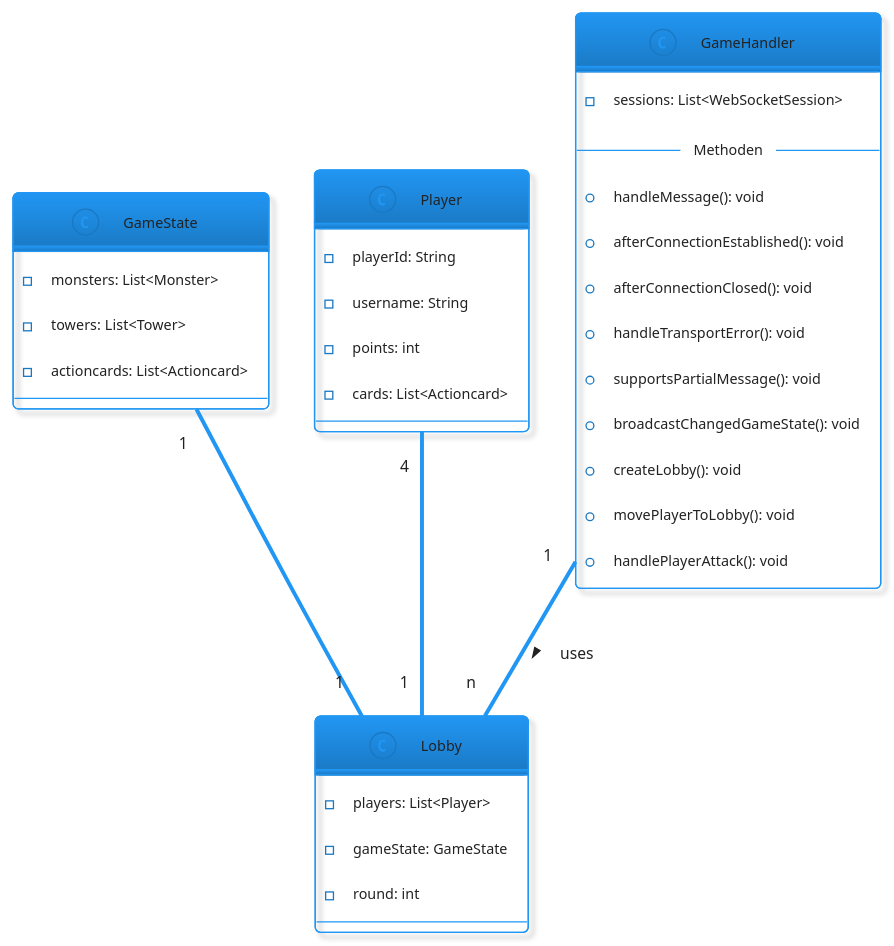
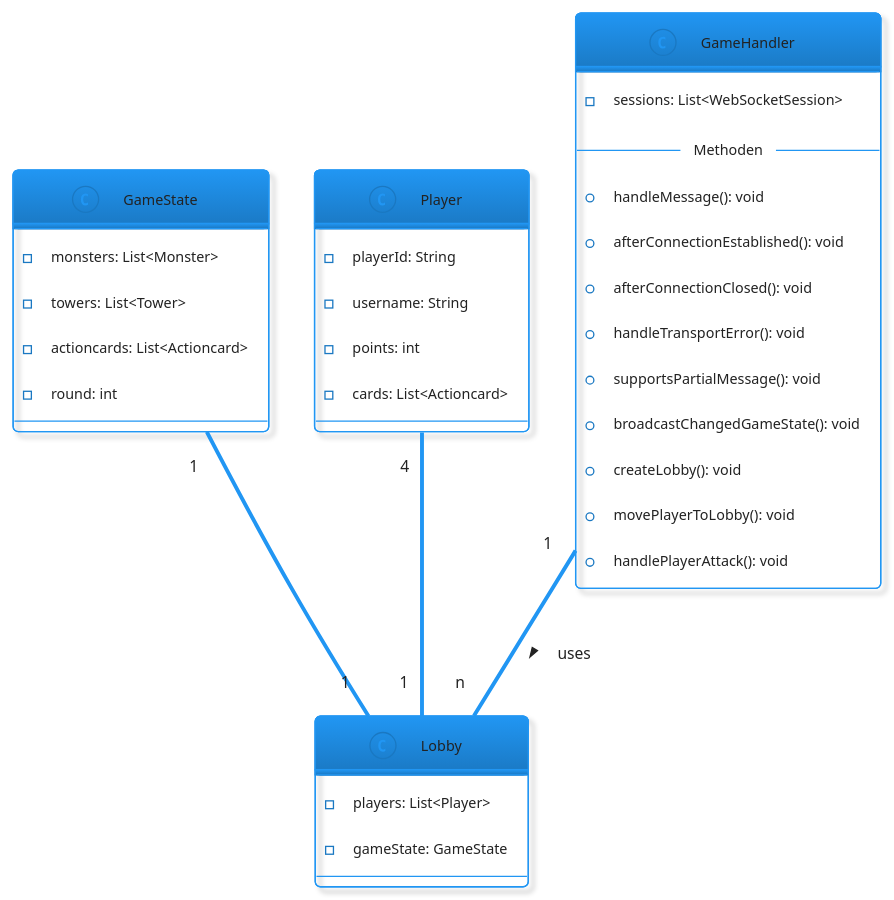
The diagram in docs/GameClasses.puml (SEIIGruppe2/Server), drawn with PlantUML before and after one commit. The commit also changed other lines of this file, not shown here.

Commit message:
docs: Klassendiagramm upgedated

```diff
--- a/docs/GameClasses.puml
+++ b/docs/GameClasses.puml
@@ -1,42 +1,42 @@
 @startuml
 'https://plantuml.com/class-diagram
 !theme materia-outline
 class GameState{
     - monsters: List<Monster>
     - towers: List<Tower>
     - actioncards: List<Actioncard>
+    - round: int
 }
 
 class Player{
     - playerId: String
     - username: String
     - points: int
     - cards: List<Actioncard>
 }
 
 class GameHandler{
     - sessions: List<WebSocketSession>
     --Methoden--
     + handleMessage(): void
     + afterConnectionEstablished(): void
     + afterConnectionClosed(): void
     + handleTransportError(): void
     + supportsPartialMessage(): void
     + broadcastChangedGameState(): void
     + createLobby(): void
     + movePlayerToLobby(): void
     + handlePlayerAttack(): void
 }
 
 class Lobby{
     - players: List<Player>
     - gameState: GameState
-    - round: int
 }
 
 GameState "1" -- "1" Lobby
 Player "4" -- "1" Lobby
 GameHandler "1" -- "n" Lobby : uses >
 
 
 @enduml
```
